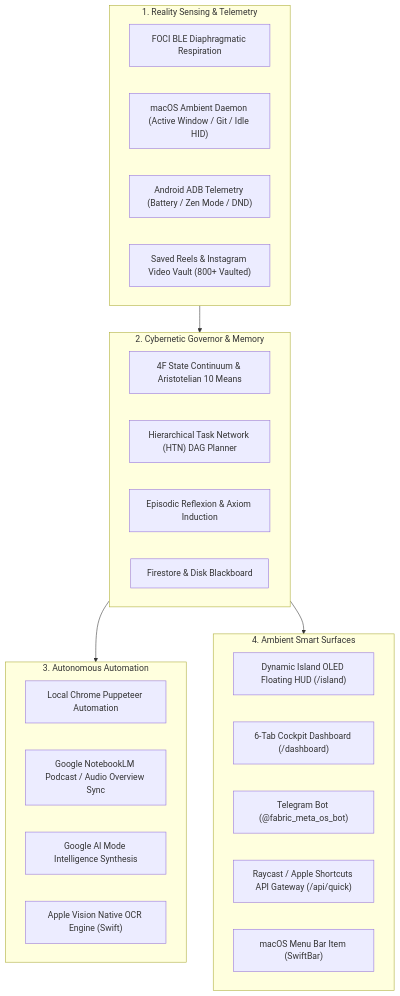
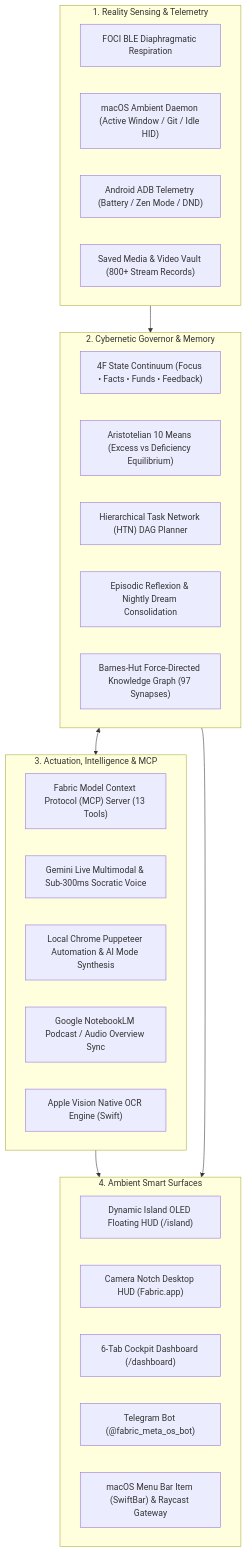
One commit to holy-script/fabric changed the diagram in README.md. Above: the diagram before and after it, drawn with Mermaid. The commit also changed other lines of this file, not shown here.

Commit message:
docs: modernize repository aesthetics with architecture diagram, MCP server tool matrix, and daemon controller spec

````diff
--- a/README.md
+++ b/README.md
@@ -18,35 +41,38 @@
 ```mermaid
-graph TD
+flowchart TD
     subgraph Sensing["1. Reality Sensing & Telemetry"]
         A1["FOCI BLE Diaphragmatic Respiration"]
         A2["macOS Ambient Daemon (Active Window / Git / Idle HID)"]
         A3["Android ADB Telemetry (Battery / Zen Mode / DND)"]
-        A4["Saved Reels & Instagram Video Vault (800+ Vaulted)"]
+        A4["Saved Media & Video Vault (800+ Stream Records)"]
     end
 
     subgraph Cybernetics["2. Cybernetic Governor & Memory"]
-        B1["4F State Continuum & Aristotelian 10 Means"]
-        B2["Hierarchical Task Network (HTN) DAG Planner"]
-        B3["Episodic Reflexion & Axiom Induction"]
-        B4["Firestore & Disk Blackboard"]
+        B1["4F State Continuum (Focus • Facts • Funds • Feedback)"]
+        B2["Aristotelian 10 Means (Excess vs Deficiency Equilibrium)"]
+        B3["Hierarchical Task Network (HTN) DAG Planner"]
+        B4["Episodic Reflexion & Nightly Dream Consolidation"]
+        B5["Barnes-Hut Force-Directed Knowledge Graph (97 Synapses)"]
     end
 
-    subgraph Automation["3. Autonomous Automation"]
-        C1["Local Chrome Puppeteer Automation"]
-        C2["Google NotebookLM Podcast / Audio Overview Sync"]
-        C3["Google AI Mode Intelligence Synthesis"]
-        C4["Apple Vision Native OCR Engine (Swift)"]
+    subgraph Intelligence["3. Actuation, Intelligence & MCP"]
+        C1["Fabric Model Context Protocol (MCP) Server (13 Tools)"]
+        C2["Gemini Live Multimodal & Sub-300ms Socratic Voice"]
+        C3["Local Chrome Puppeteer Automation & AI Mode Synthesis"]
+        C4["Google NotebookLM Podcast / Audio Overview Sync"]
+        C5["Apple Vision Native OCR Engine (Swift)"]
     end
 
     subgraph Surfaces["4. Ambient Smart Surfaces"]
         D1["Dynamic Island OLED Floating HUD (/island)"]
-        D2["6-Tab Cockpit Dashboard (/dashboard)"]
-        D3["Telegram Bot (@fabric_meta_os_bot)"]
-        D4["Raycast / Apple Shortcuts API Gateway (/api/quick)"]
-        D5["macOS Menu Bar Item (SwiftBar)"]
+        D2["Camera Notch Desktop HUD (Fabric.app)"]
+        D3["6-Tab Cockpit Dashboard (/dashboard)"]
+        D4["Telegram Bot (@fabric_meta_os_bot)"]
+        D5["macOS Menu Bar Item (SwiftBar) & Raycast Gateway"]
     end
 
     Sensing --> Cybernetics
-    Cybernetics --> Automation
+    Cybernetics <--> Intelligence
+    Intelligence --> Surfaces
     Cybernetics --> Surfaces
 ```
````
